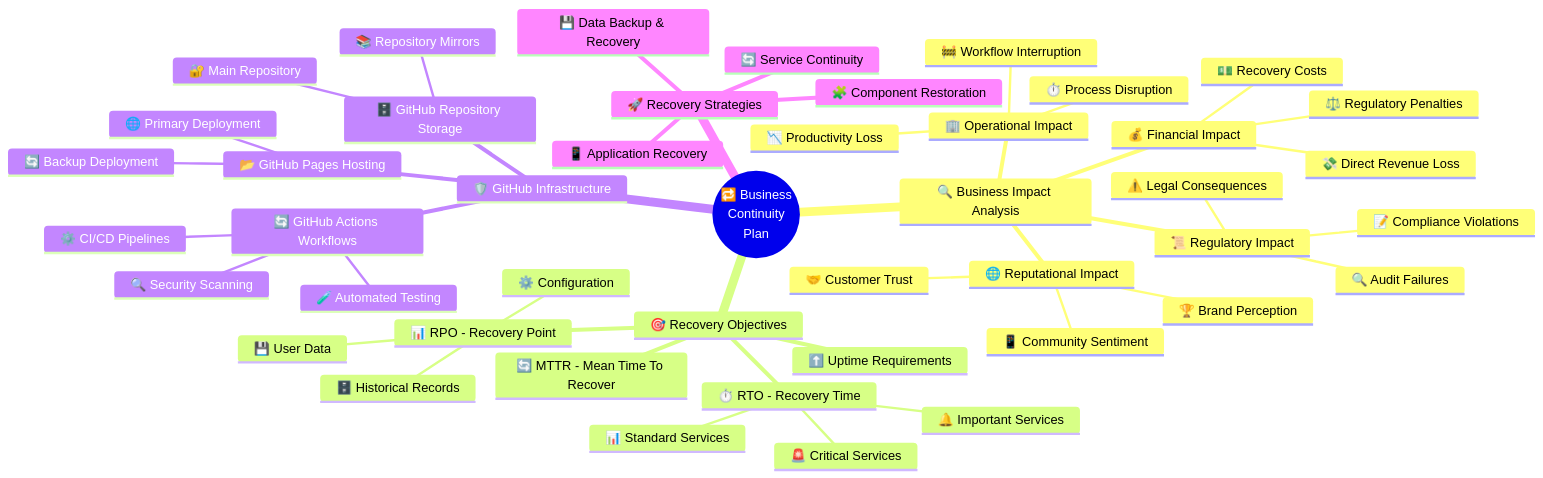
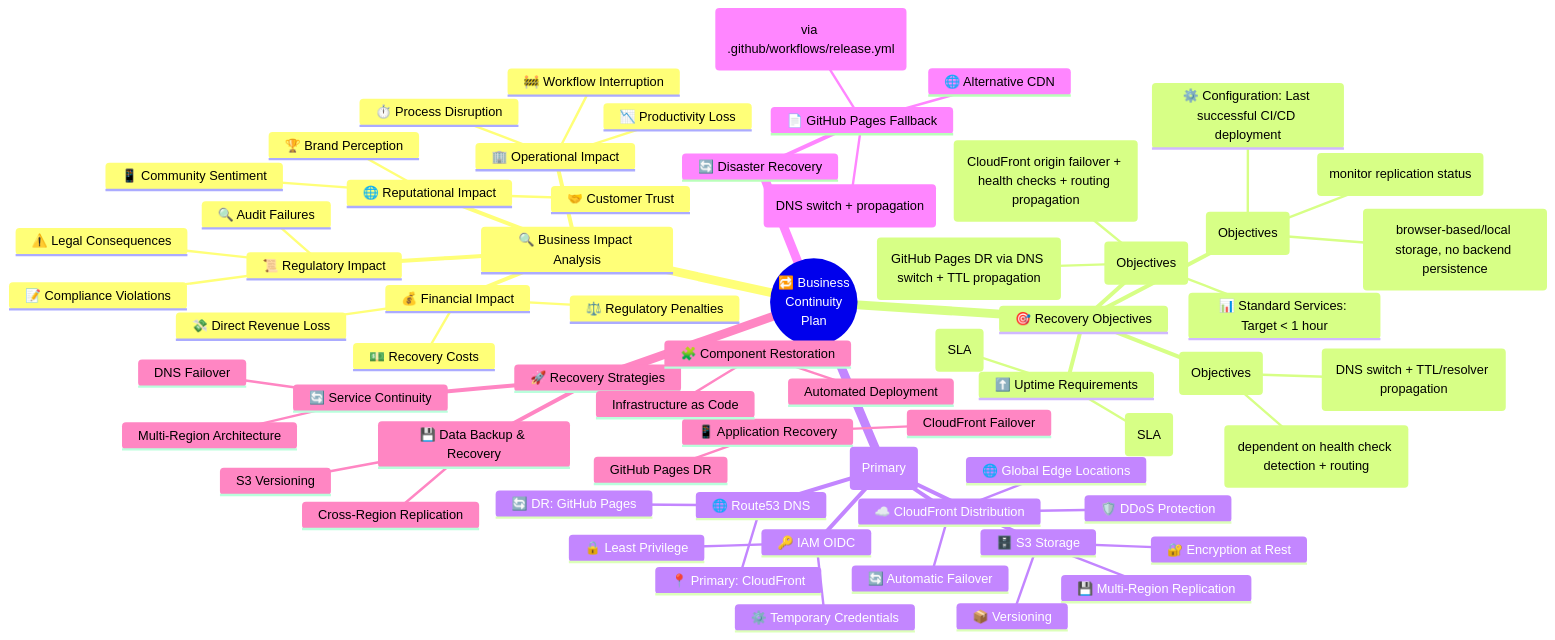
One commit to Hack23/cia-compliance-manager changed the first of 33 diagrams in docs/architecture/BCPPlan.md. Above: the diagram before and after it, drawn with Mermaid. The commit also changed other lines of this file and 6 other files, not shown here.

First line of the commit message:
docs: align architecture docs with Hack23 ISMS-PUBLIC standards (#942)

````diff
--- a/docs/architecture/BCPPlan.md
+++ b/docs/architecture/BCPPlan.md
@@ -7,48 +34,69 @@
 ```mermaid
 mindmap
   root((🔁 Business<br>Continuity<br>Plan))
     🔍 Business Impact Analysis
       💰 Financial Impact
         💸 Direct Revenue Loss
         💵 Recovery Costs
         ⚖️ Regulatory Penalties
       🏢 Operational Impact
         ⏱️ Process Disruption
         📉 Productivity Loss
         🚧 Workflow Interruption
       🌐 Reputational Impact
         🤝 Customer Trust
         🏆 Brand Perception
         📱 Community Sentiment
       📜 Regulatory Impact
         📝 Compliance Violations
         🔍 Audit Failures
         ⚠️ Legal Consequences
     🎯 Recovery Objectives
-      ⏱️ RTO - Recovery Time
-        🚨 Critical Services
-        🔔 Important Services
-        📊 Standard Services
-      📊 RPO - Recovery Point
-        💾 User Data
-        ⚙️ Configuration
-        🗄️ Historical Records
-      🔄 MTTR - Mean Time To Recover
+      ⏱️ RTO - Recovery Time (Objectives)
+        🚨 Critical Services: Target ~5 min (CloudFront origin failover + health checks + routing propagation)
+        🔔 Important Services: Target ~15 min (GitHub Pages DR via DNS switch + TTL propagation)
+        📊 Standard Services: Target < 1 hour
+      📊 RPO - Recovery Point (Objectives)
+        💾 User Data: 0 (browser-based/local storage, no backend persistence)
+        ⚙️ Configuration: Last successful CI/CD deployment
+        🗄️ Historical Records: Asynchronous S3 CRR (monitor replication status)
+      🔄 MTTR - Mean Time To Recover (Objectives)
+        ☁️ CloudFront: Target ~5 min (dependent on health check detection + routing)
+        📄 GitHub Pages DR: Target ~15 min (DNS switch + TTL/resolver propagation)
       ⬆️ Uptime Requirements
-    🛡️ GitHub Infrastructure
-      📂 GitHub Pages Hosting
-        🌐 Primary Deployment
-        🔄 Backup Deployment
-      🗄️ GitHub Repository Storage
-        🔐 Main Repository
-        📚 Repository Mirrors
-      🔄 GitHub Actions Workflows
-        ⚙️ CI/CD Pipelines
-        🧪 Automated Testing
-        🔍 Security Scanning
+        ☁️ CloudFront: 99.9% (SLA)
+        💾 S3 Multi-Region: 99.99% (SLA)
+    🛡️ AWS Infrastructure (Primary)
+      ☁️ CloudFront Distribution
+        🌐 Global Edge Locations
+        🔄 Automatic Failover
+        🛡️ DDoS Protection
+      🗄️ S3 Storage
+        💾 Multi-Region Replication
+        🔐 Encryption at Rest
+        📦 Versioning
+      🌐 Route53 DNS
+        📍 Primary: CloudFront
+        🔄 DR: GitHub Pages
+      🔑 IAM OIDC
+        ⚙️ Temporary Credentials
+        🔒 Least Privilege
+    🔄 Disaster Recovery
+      📄 GitHub Pages Fallback
+        🔄 Release-based Deployment (via .github/workflows/release.yml)
+        📊 Target ~15 min RTO (DNS switch + propagation)
+        🌐 Alternative CDN
     🚀 Recovery Strategies
       💾 Data Backup & Recovery
+        S3 Versioning
+        Cross-Region Replication
       📱 Application Recovery
+        CloudFront Failover
+        GitHub Pages DR
       🧩 Component Restoration
+        Automated Deployment
+        Infrastructure as Code
       🔄 Service Continuity
+        Multi-Region Architecture
+        DNS Failover
 ```
````
